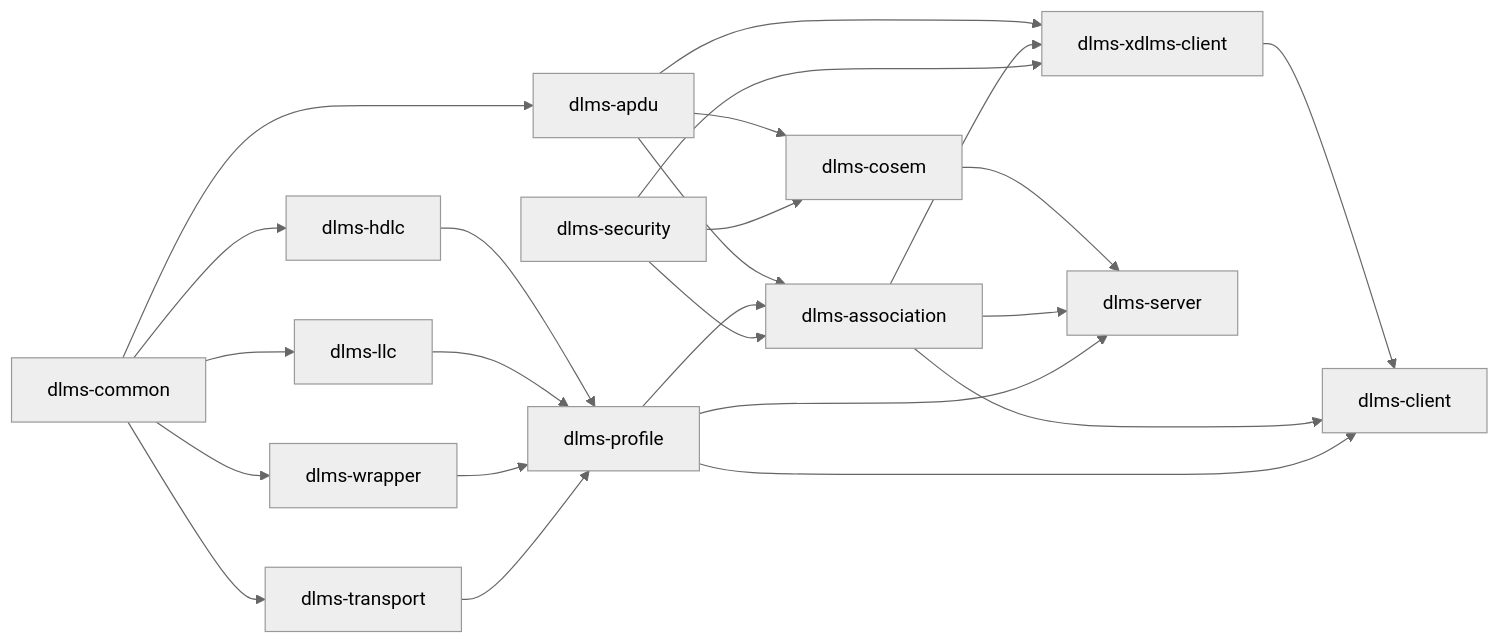
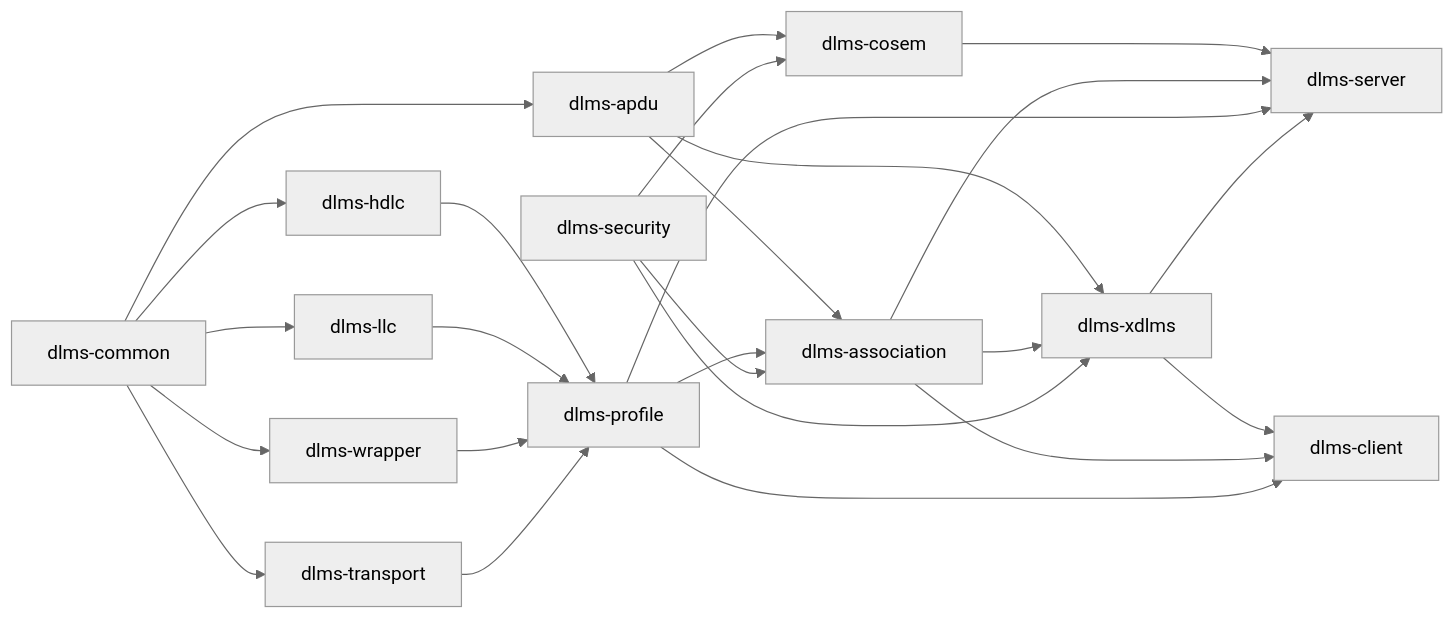
One commit to gvtret/dlms changed the second of 11 diagrams in docs/system_architecture.md. Above: the diagram before and after it, drawn with Mermaid (neutral theme). The commit also changed other lines of this file and 2 other files, not shown here.

First line of the commit message:
build: rename xdlms submodule

````diff
--- a/docs/system_architecture.md
+++ b/docs/system_architecture.md
@@ -135,48 +136,49 @@
 ```mermaid
 flowchart LR
   Common["dlms-common"]
 
   HDLC["dlms-hdlc"]
   LLC["dlms-llc"]
   Wrapper["dlms-wrapper"]
   APDU["dlms-apdu"]
 
   Transport["dlms-transport"]
   Profile["dlms-profile"]
   Security["dlms-security"]
   Association["dlms-association"]
-  XClient["dlms-xdlms-client"]
+  XDlms["dlms-xdlms"]
   Cosem["dlms-cosem"]
   Server["dlms-server"]
   Client["dlms-client"]
 
   Common --> HDLC
   Common --> LLC
   Common --> Wrapper
   Common --> APDU
   Common --> Transport
 
   HDLC --> Profile
   LLC --> Profile
   Wrapper --> Profile
   Transport --> Profile
 
   APDU --> Association
   Profile --> Association
   Security --> Association
 
-  APDU --> XClient
-  Association --> XClient
-  Security --> XClient
+  APDU --> XDlms
+  Association --> XDlms
+  Security --> XDlms
 
   APDU --> Cosem
   Security --> Cosem
 
   Cosem --> Server
   Association --> Server
   Profile --> Server
 
-  XClient --> Client
+  XDlms --> Server
+  XDlms --> Client
   Association --> Client
   Profile --> Client
 ```
````
